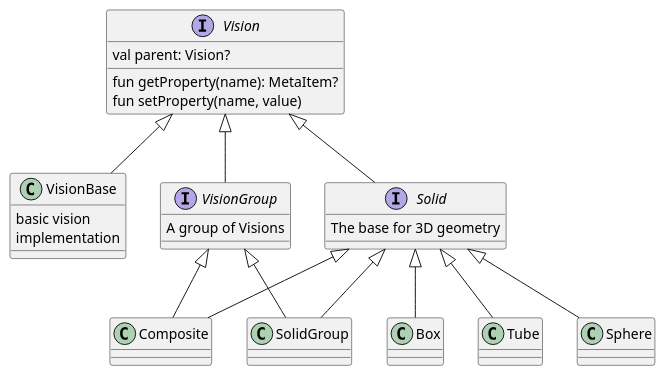
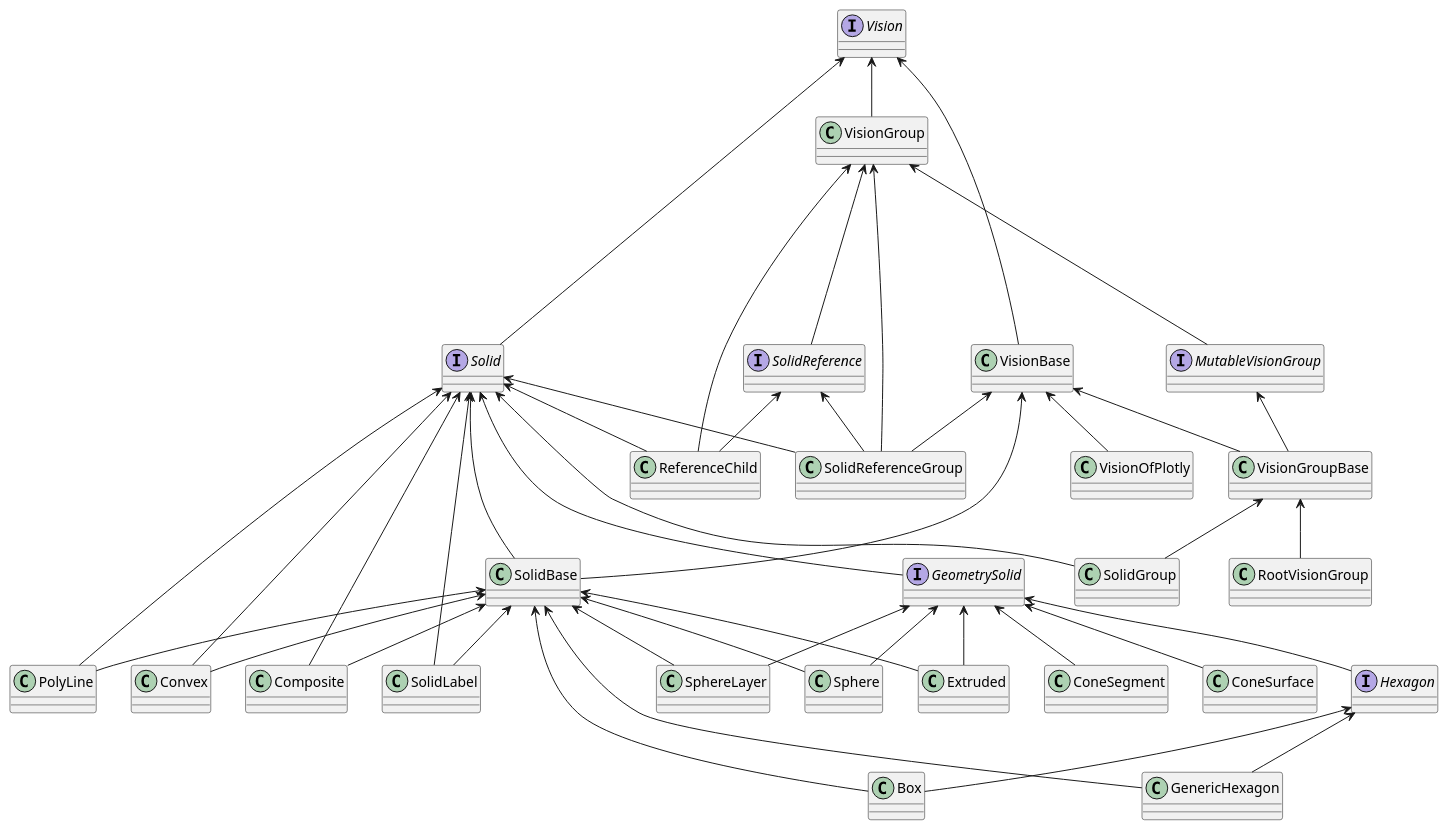
Before and after one commit to SciProgCentre/visionforge: the diagram in docs/uml/Vision.puml, drawn with PlantUML. The commit also changed 2 other files, not shown here.

```diff
--- a/docs/uml/Vision.puml
+++ b/docs/uml/Vision.puml
@@ -1,46 +1,106 @@
 @startuml
 'https://plantuml.com/class-diagram
+interface Vision
 
-interface Vision{
-    val parent: Vision?
-    fun getProperty(name): MetaItem?
-    fun setProperty(name, value)
+interface Solid
+Vision <-- Solid
 
-}
+class VisionGroup
+Vision <-- VisionGroup
 
-class VisionBase{
-    basic vision
-    implementation
-}
-Vision <|-- VisionBase
+class VisionBase
+Vision <-- VisionBase
 
-interface VisionGroup{
-    A group of Visions
-}
-Vision <|-- VisionGroup
 
-interface Solid{
-    The base for 3D geometry
-}
-
-Vision <|-- Solid
+class SolidLabel
+Solid <--- SolidLabel
+SolidBase <-- SolidLabel
 
 class SolidGroup
+Solid <--- SolidGroup
+VisionGroupBase <-- SolidGroup
 
-Solid <|-- SolidGroup
-VisionGroup <|-- SolidGroup
+class SolidBase
+Solid <--- SolidBase
+VisionBase <-- SolidBase
+
+
+class SphereLayer
+SolidBase <-- SphereLayer
+GeometrySolid <-- SphereLayer
+
+class Sphere
+SolidBase <-- Sphere
+GeometrySolid <-- Sphere
+
+class Box
+SolidBase <-- Box
+Hexagon <-- Box
+
+class GenericHexagon
+SolidBase <-- GenericHexagon
+Hexagon <-- GenericHexagon
+
+class Extruded
+SolidBase <-- Extruded
+GeometrySolid <-- Extruded
+
+
+class PolyLine
+Solid <--- PolyLine
+SolidBase <-- PolyLine
+
+interface GeometrySolid
+Solid <--- GeometrySolid
+
+
+interface Hexagon
+GeometrySolid <-- Hexagon
+
+class ConeSegment
+GeometrySolid <-- ConeSegment
+
+class ConeSurface
+GeometrySolid <-- ConeSurface
+
+
+class Convex
+Solid <--- Convex
+SolidBase <-- Convex
 
 class Composite
-Solid <|-- Composite
-VisionGroup <|-- Composite
+Solid <--- Composite
+SolidBase <-- Composite
 
-class Box
-Solid <|-- Box
 
-class Tube
-Solid <|-- Tube
+interface SolidReference
+VisionGroup <---- SolidReference
 
-class Sphere
-Solid <|-- Sphere
+interface MutableVisionGroup
+VisionGroup <---- MutableVisionGroup
 
+class SolidReferenceGroup
+VisionGroup <-- SolidReferenceGroup
+Solid <-- SolidReferenceGroup
+VisionBase <-- SolidReferenceGroup
+SolidReference <-- SolidReferenceGroup
+
+class ReferenceChild
+VisionGroup <-- ReferenceChild
+Solid <-- ReferenceChild
+SolidReference <-- ReferenceChild
+
+
+class VisionGroupBase
+VisionBase <-- VisionGroupBase
+MutableVisionGroup <-- VisionGroupBase
+
+
+
+class RootVisionGroup
+VisionGroupBase <-- RootVisionGroup
+
+
+class VisionOfPlotly
+VisionBase <-- VisionOfPlotly
 @enduml
```
